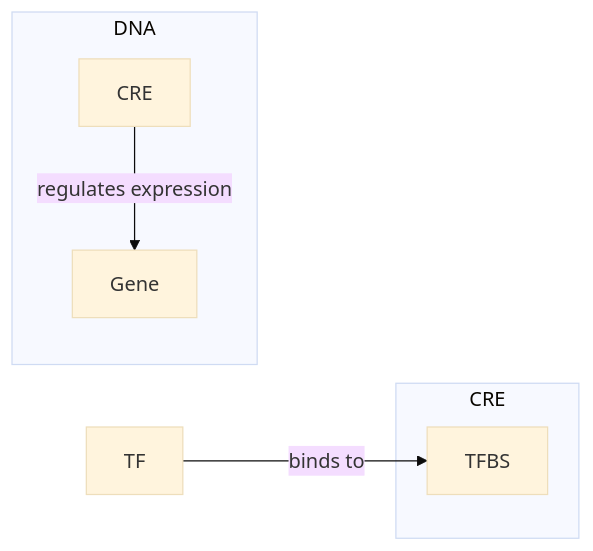
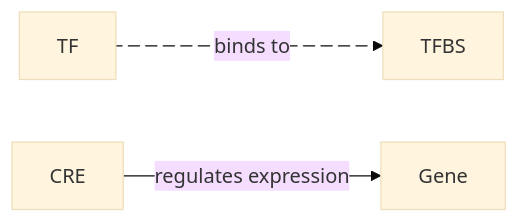
One commit to Yongsik-Lee/marl changed the diagram in _posts/2025-04-28-20205266.md. Above: the diagram before and after it, drawn with Mermaid (base theme).

```diff
--- a/_posts/2025-04-28-20205266.md
+++ b/_posts/2025-04-28-20205266.md
@@ -79,18 +79,10 @@
 {% mermaid %}
 graph LR
 
-  TF[TF] -->|binds to| TFBS[TFBS]
-  CRE_Node[CRE] -->|regulates expression| Gene[Gene]
+  TF any_1@-- binds to --> TFBS
+  CRE --regulates expression--> Gene
 
-  subgraph DNA
-    Gene
-    CRE_Node
-  end
-
-  subgraph CRE_Group[CRE]
-    TFBS
-  end
-
+  any_1@{ animation: slow } 
   
 
 {% endmermaid %}
```
